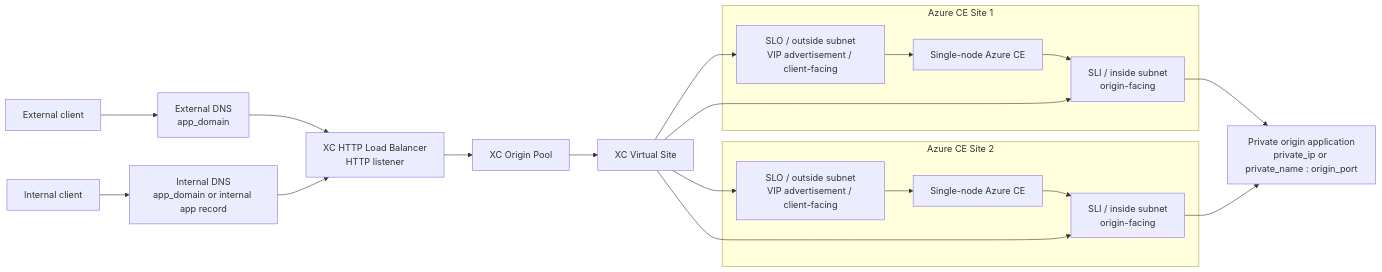
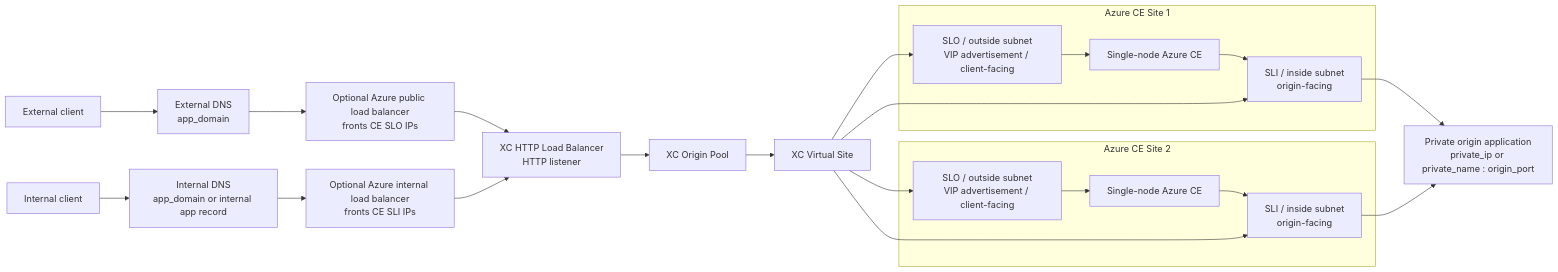
The diagram in docs/traffic-flow.md (jackyatesaustin/single-node-virtual-site-two-interface), drawn with Mermaid before and after one commit. The commit also changed other lines of this file and 12 other files, not shown here.

Commit message:
Add optional Azure front-end load balancers

````diff
--- a/docs/traffic-flow.md
+++ b/docs/traffic-flow.md
@@ -5,38 +5,40 @@
 ```mermaid
 flowchart LR
   extClient["External client"]
   extDns["External DNS<br/>app_domain"]
   intClient["Internal client"]
   intDns["Internal DNS<br/>app_domain or internal app record"]
+  publicLb["Optional Azure public load balancer<br/>fronts CE SLO IPs"]
+  internalLb["Optional Azure internal load balancer<br/>fronts CE SLI IPs"]
   httpLb["XC HTTP Load Balancer<br/>HTTP listener"]
   originPool["XC Origin Pool"]
   vsite["XC Virtual Site"]
 
   subgraph site1["Azure CE Site 1"]
     ce1slo["SLO / outside subnet<br/>VIP advertisement / client-facing"]
     ce1["Single-node Azure CE"]
     ce1sli["SLI / inside subnet<br/>origin-facing"]
     ce1slo --> ce1 --> ce1sli
   end
 
   subgraph site2["Azure CE Site 2"]
     ce2slo["SLO / outside subnet<br/>VIP advertisement / client-facing"]
     ce2["Single-node Azure CE"]
     ce2sli["SLI / inside subnet<br/>origin-facing"]
     ce2slo --> ce2 --> ce2sli
   end
 
   origin["Private origin application<br/>private_ip or private_name : origin_port"]
 
-  extClient --> extDns --> httpLb
-  intClient --> intDns --> httpLb
+  extClient --> extDns --> publicLb --> httpLb
+  intClient --> intDns --> internalLb --> httpLb
   httpLb --> originPool
   originPool --> vsite
 
   vsite --> ce1slo
   vsite --> ce2slo
   vsite --> ce1sli
   vsite --> ce2sli
   ce1sli --> origin
   ce2sli --> origin
 ```
````
